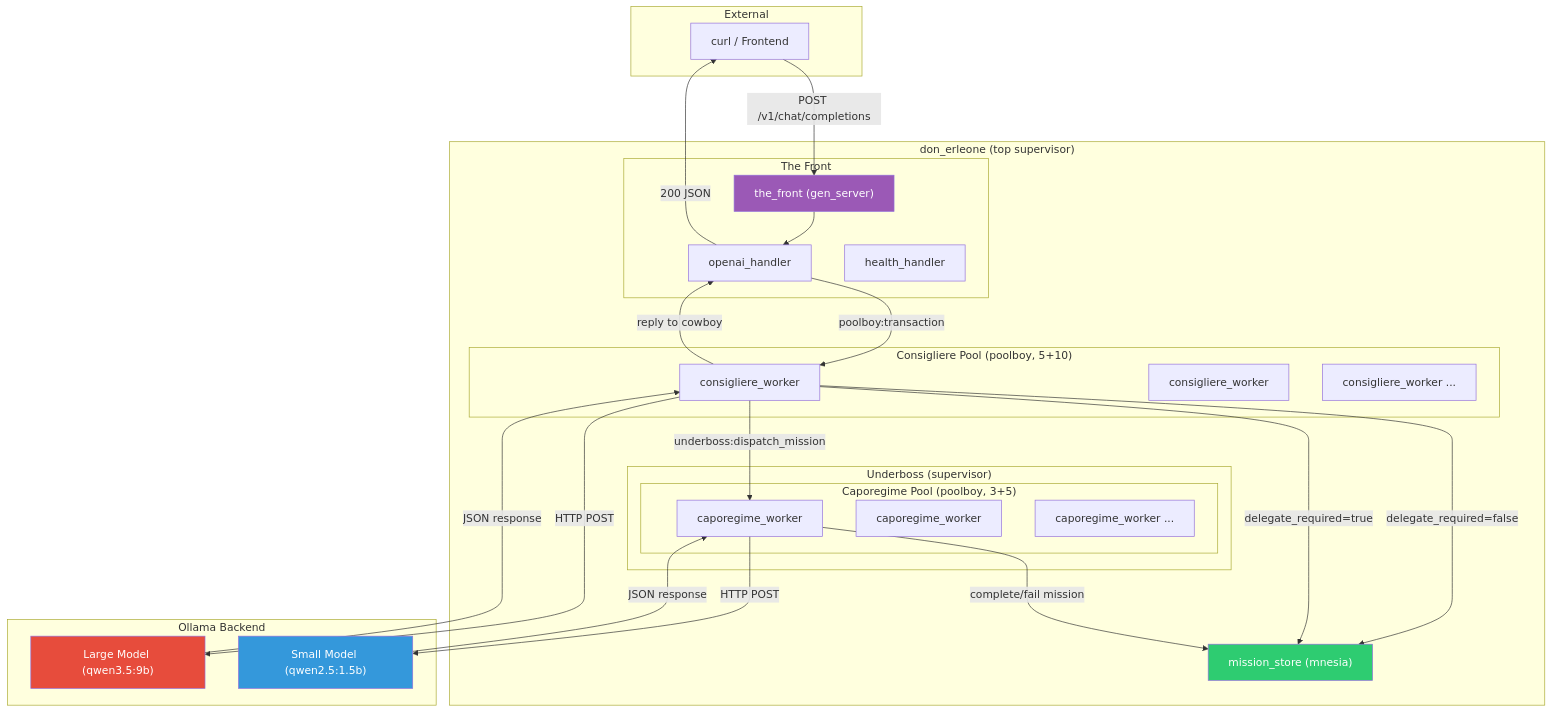
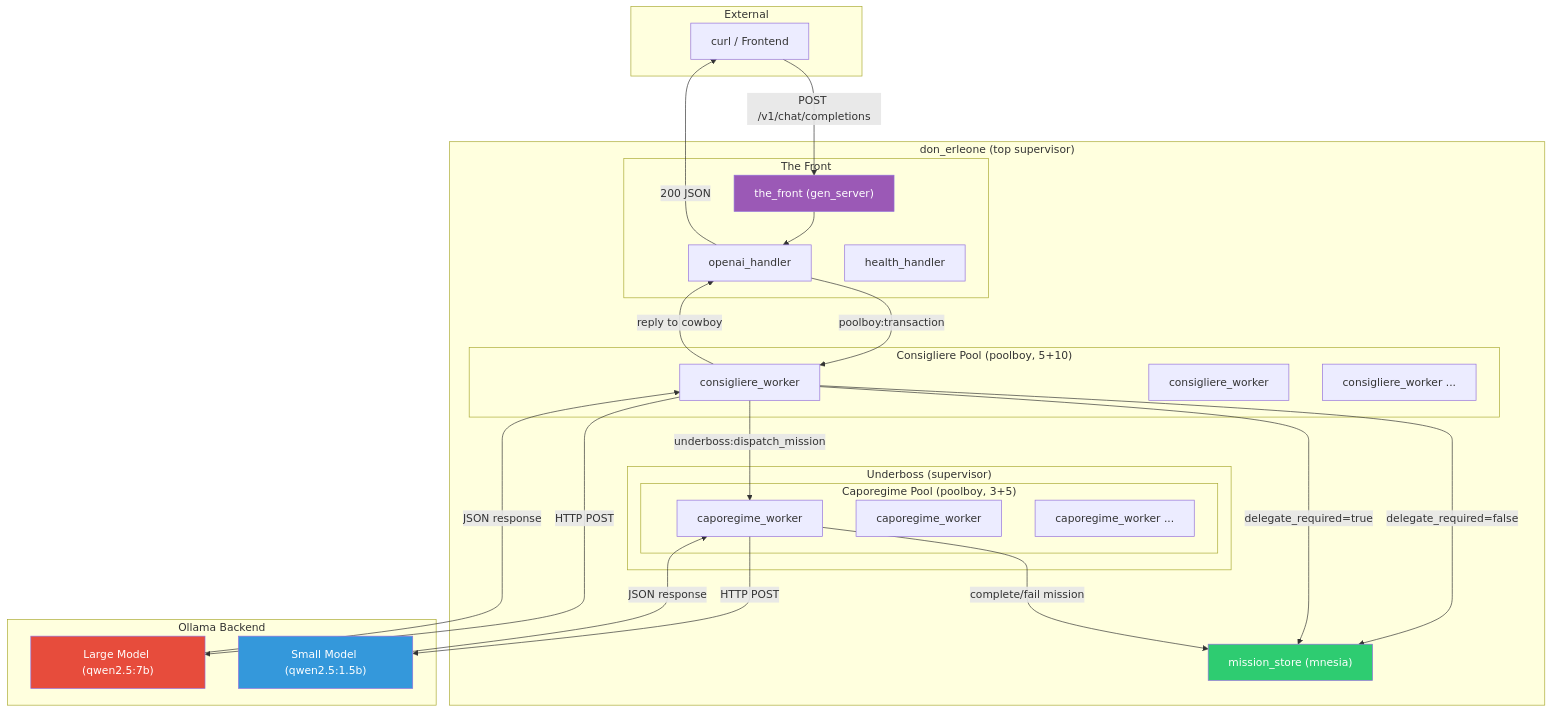
The first of 2 diagrams in apps/don-erleone/architecture_diagrams.md (PudgyPigeon/coloss-ai), drawn with Mermaid before and after one commit. The commit also changed 39 other files, not shown here.

Commit message:
refactor: reorganize source code structure, add Helm charts, and update core orchestration logic

````diff
--- a/apps/don-erleone/architecture_diagrams.md
+++ b/apps/don-erleone/architecture_diagrams.md
@@ -5,55 +5,55 @@
 ```mermaid
 graph TD
     subgraph External
         USER["curl / Frontend"]
     end
 
     subgraph "don_erleone (top supervisor)"
         subgraph "The Front"
             COWBOY["the_front (gen_server)"]
             HANDLER["openai_handler"]
             HEALTH["health_handler"]
         end
 
         subgraph "Consigliere Pool (poolboy, 5+10)"
             CW1["consigliere_worker"]
             CW2["consigliere_worker"]
             CWN["consigliere_worker ..."]
         end
 
         subgraph "Underboss (supervisor)"
             subgraph "Caporegime Pool (poolboy, 3+5)"
                 CAP1["caporegime_worker"]
                 CAP2["caporegime_worker"]
                 CAPN["caporegime_worker ..."]
             end
         end
 
         MNESIA["mission_store (mnesia)"]
     end
 
     subgraph "Ollama Backend"
-        BIG["Large Model (qwen3.5:9b)"]
+        BIG["Large Model (qwen2.5:7b)"]
         SMALL["Small Model (qwen2.5:1.5b)"]
     end
 
     USER -->|"POST /v1/chat/completions"| COWBOY
     COWBOY --> HANDLER
     HANDLER -->|"poolboy:transaction"| CW1
     CW1 -->|"HTTP POST"| BIG
     BIG -->|"JSON response"| CW1
     CW1 -->|"delegate_required=false"| MNESIA
     CW1 -->|"reply to cowboy"| HANDLER
     HANDLER -->|"200 JSON"| USER
 
     CW1 -->|"delegate_required=true"| MNESIA
     CW1 -->|"underboss:dispatch_mission"| CAP1
     CAP1 -->|"HTTP POST"| SMALL
     SMALL -->|"JSON response"| CAP1
     CAP1 -->|"complete/fail mission"| MNESIA
 
     style BIG fill:#e74c3c,color:#fff
     style SMALL fill:#3498db,color:#fff
     style MNESIA fill:#2ecc71,color:#fff
     style COWBOY fill:#9b59b6,color:#fff
 ```
````
